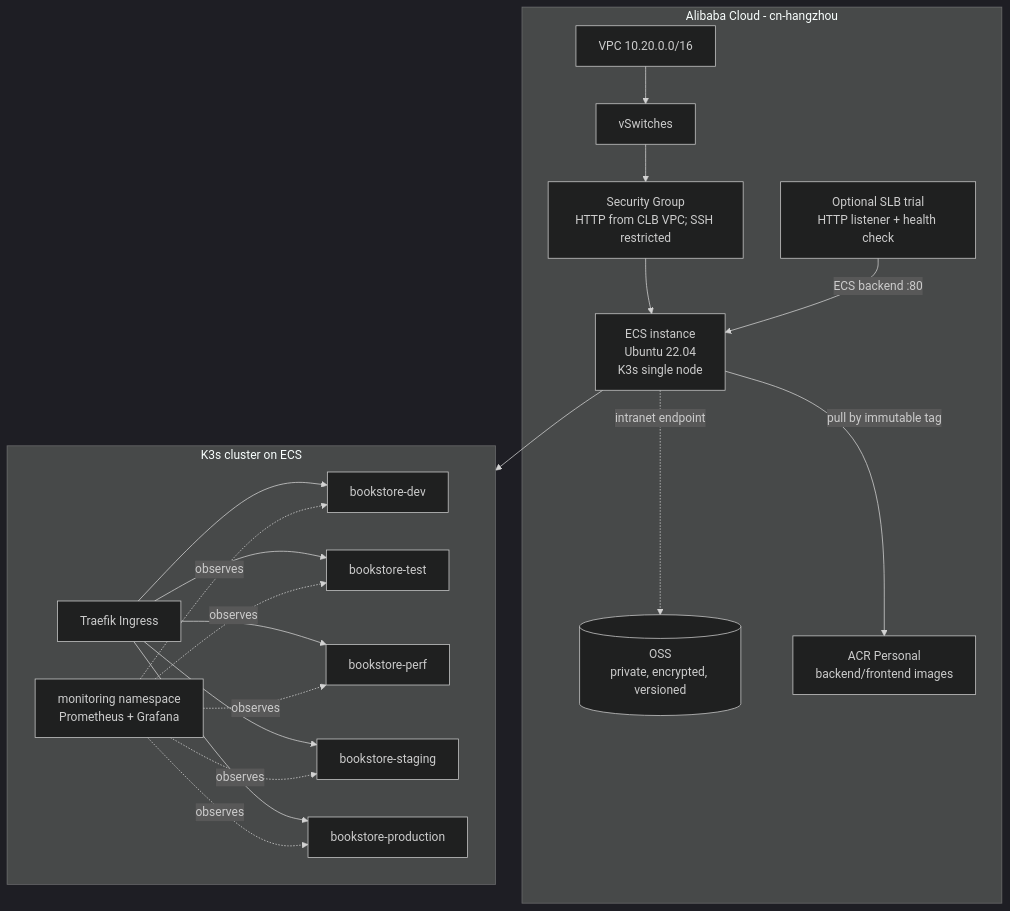
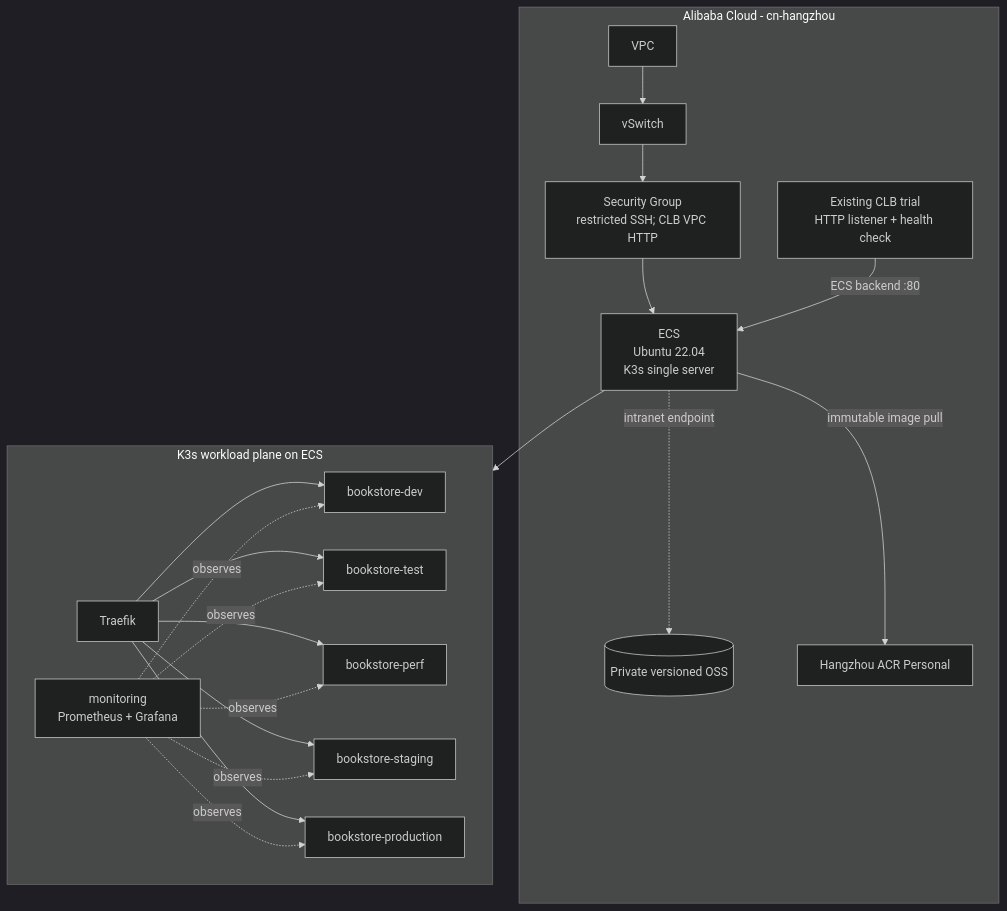
The second of 3 diagrams in docs/architecture.md (xxseehome/cloud-native-online-bookstore), drawn with Mermaid (dark theme) before and after one commit. The commit also changed other lines of this file and 32 other files, not shown here.

First line of the commit message:
feat: complete compliance and single-node resilience plan

````diff
--- a/docs/architecture.md
+++ b/docs/architecture.md
@@ -29,36 +27,36 @@
 ```mermaid
 flowchart TB
     subgraph Alibaba[Alibaba Cloud - cn-hangzhou]
-        VPC[VPC 10.20.0.0/16]
-        VS[vSwitches]
-        SG[Security Group\nHTTP from CLB VPC; SSH restricted]
-        ECS[ECS instance\nUbuntu 22.04\nK3s single node]
-        SLB[Optional SLB trial\nHTTP listener + health check]
-        OSS[(OSS\nprivate, encrypted, versioned)]
-        ACR[ACR Personal\nbackend/frontend images]
+        VPC[VPC]
+        VS[vSwitch]
+        SG[Security Group\nrestricted SSH; CLB VPC HTTP]
+        ECS[ECS\nUbuntu 22.04\nK3s single server]
+        CLB[Existing CLB trial\nHTTP listener + health check]
+        OSS[(Private versioned OSS)]
+        ACR[Hangzhou ACR Personal]
         VPC --> VS --> SG --> ECS
-        SLB -->|ECS backend :80| ECS
+        CLB -->|ECS backend :80| ECS
         ECS -. intranet endpoint .-> OSS
-        ECS -->|pull by immutable tag| ACR
+        ECS -->|immutable image pull| ACR
     end
-    subgraph K3s[K3s cluster on ECS]
-        T[Traefik Ingress]
-        N1[bookstore-dev]
-        N2[bookstore-test]
-        N3[bookstore-perf]
-        N4[bookstore-staging]
-        N5[bookstore-production]
-        MON[monitoring namespace\nPrometheus + Grafana]
-        T --> N1
-        T --> N2
-        T --> N3
-        T --> N4
-        T --> N5
-        MON -.->|observes| N1
-        MON -.->|observes| N2
-        MON -.->|observes| N3
-        MON -.->|observes| N4
-        MON -.->|observes| N5
+    subgraph K3s[K3s workload plane on ECS]
+        T[Traefik]
+        D1[bookstore-dev]
+        D2[bookstore-test]
+        D3[bookstore-perf]
+        D4[bookstore-staging]
+        D5[bookstore-production]
+        MON[monitoring\nPrometheus + Grafana]
+        T --> D1
+        T --> D2
+        T --> D3
+        T --> D4
+        T --> D5
+        MON -. observes .-> D1
+        MON -. observes .-> D2
+        MON -. observes .-> D3
+        MON -. observes .-> D4
+        MON -. observes .-> D5
     end
     ECS --> K3s
 ```
````
